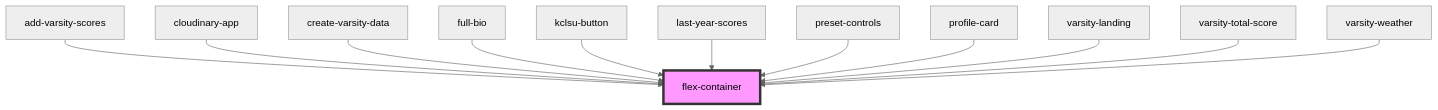
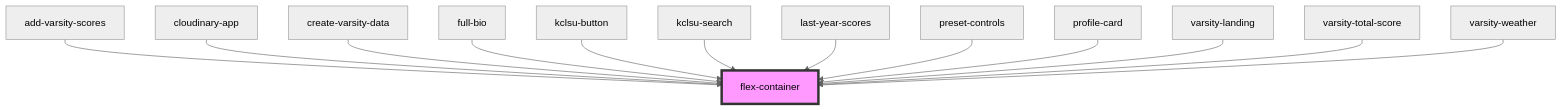
The diagram in src/components/containers/flex-container/readme.md (dev-kylo/component_library), drawn with Mermaid (neutral theme) before and after one commit. The commit also changed other lines of this file and 12 other files, not shown here.

````diff
--- a/src/components/containers/flex-container/readme.md
+++ b/src/components/containers/flex-container/readme.md
@@ -37,15 +38,16 @@
 ```mermaid
 graph TD;
   add-varsity-scores --> flex-container
   cloudinary-app --> flex-container
   create-varsity-data --> flex-container
   full-bio --> flex-container
   kclsu-button --> flex-container
+  kclsu-search --> flex-container
   last-year-scores --> flex-container
   preset-controls --> flex-container
   profile-card --> flex-container
   varsity-landing --> flex-container
   varsity-total-score --> flex-container
   varsity-weather --> flex-container
   style flex-container fill:#f9f,stroke:#333,stroke-width:4px
 ```
````
